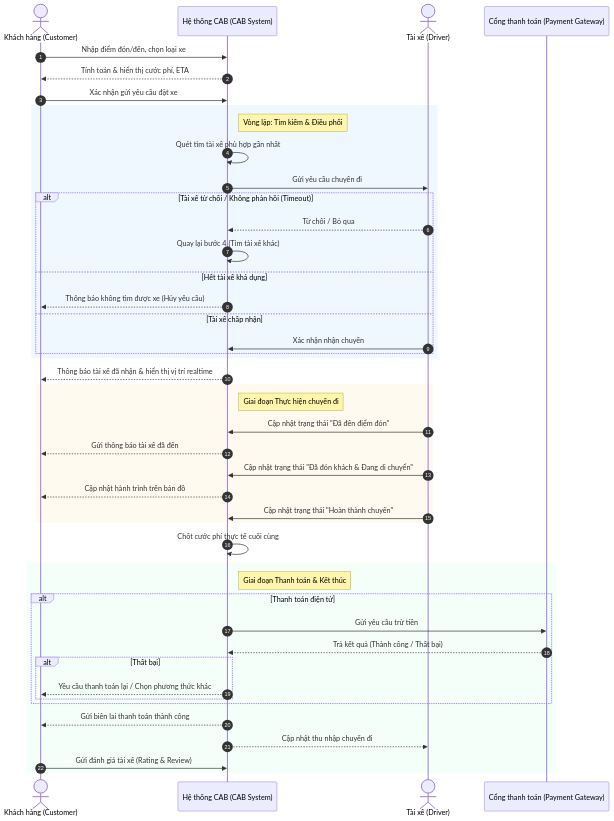
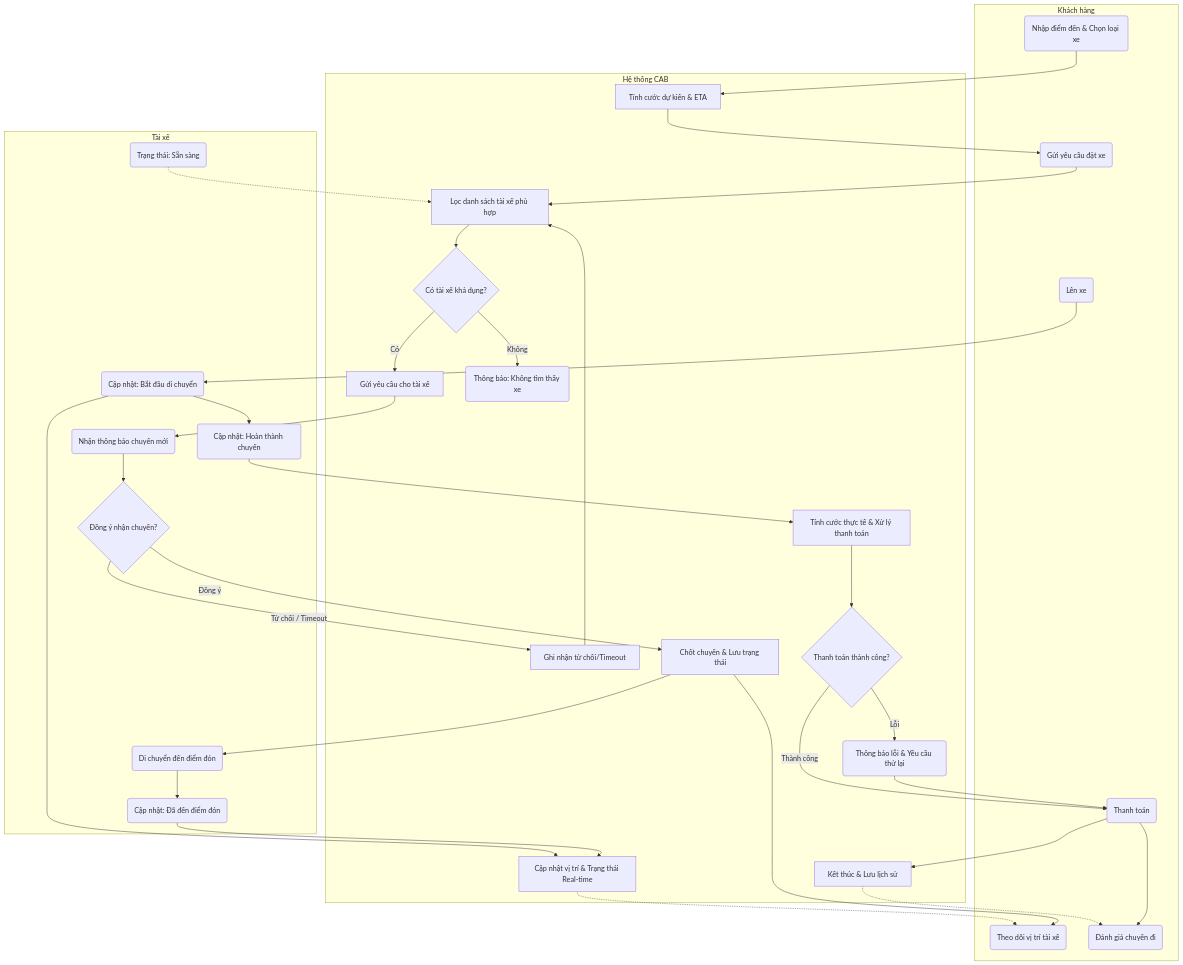
One commit to Lacticx/23696281_NguyenLeHoangKim_CABSYSTEM changed the second of 4 diagrams in srs.md. Above: the diagram before and after it, drawn with Mermaid. The commit also changed other lines of this file, not shown here.

````diff
--- a/srs.md
+++ b/srs.md
@@ -141,57 +115,75 @@
 ```mermaid
-sequenceDiagram
-    autonumber
-    actor C as Khách hàng (Customer)
-    participant S as Hệ thống CAB (CAB System)
-    actor D as Tài xế (Driver)
-    participant P as Cổng thanh toán (Payment Gateway)
-
-    C->>S: Nhập điểm đón/đến, chọn loại xe
-    S-->>C: Tính toán & hiển thị cước phí, ETA
-    
-    C->>S: Xác nhận gửi yêu cầu đặt xe
-    
-    rect rgb(240, 248, 255)
-    note right of S: Vòng lặp: Tìm kiếm & Điều phối
-    S->>S: Quét tìm tài xế phù hợp gần nhất
-    S->>D: Gửi yêu cầu chuyến đi
-    
-    alt Tài xế từ chối / Không phản hồi (Timeout)
-        D-->>S: Từ chối / Bỏ qua
-        S->>S: Quay lại bước 4 (Tìm tài xế khác)
-    else Hết tài xế khả dụng
-        S-->>C: Thông báo không tìm được xe (Hủy yêu cầu)
-    else Tài xế chấp nhận
-        D->>S: Xác nhận nhận chuyến
-    end
-    end
-    
-    S-->>C: Thông báo tài xế đã nhận & hiển thị vị trí realtime
-    
-    rect rgb(255, 250, 240)
-    note right of S: Giai đoạn Thực hiện chuyến đi
-    D->>S: Cập nhật trạng thái "Đã đến điểm đón"
-    S-->>C: Gửi thông báo tài xế đã đến
-    D->>S: Cập nhật trạng thái "Đã đón khách & Đang di chuyển"
-    S-->>C: Cập nhật hành trình trên bản đồ
-    D->>S: Cập nhật trạng thái "Hoàn thành chuyến"
+flowchart TD
+    %% Khai báo các Làn (Swimlanes)
+    subgraph Khách hàng
+        C1(Nhập điểm đến & Chọn loại xe)
+        C2(Gửi yêu cầu đặt xe)
+        C3(Theo dõi vị trí tài xế)
+        C4(Lên xe)
+        C5(Thanh toán)
+        C6(Đánh giá chuyến đi)
     end
 
-    S->>S: Chốt cước phí thực tế cuối cùng
-    
-    rect rgb(245, 255, 250)
-    note right of S: Giai đoạn Thanh toán & Kết thúc
-    alt Thanh toán điện tử
-        S->>P: Gửi yêu cầu trừ tiền
-        P-->>S: Trả kết quả (Thành công / Thất bại)
-        alt Thất bại
-            S-->>C: Yêu cầu thanh toán lại / Chọn phương thức khác
-        end
-    end
-    
-    S-->>C: Gửi biên lai thanh toán thành công
-    S-->>D: Cập nhật thu nhập chuyến đi
-    C->>S: Gửi đánh giá tài xế (Rating & Review)
+    subgraph Hệ thống CAB
+        S1[Tính cước dự kiến & ETA]
+        S2[Lọc danh sách tài xế phù hợp]
+        S3{Có tài xế khả dụng?}
+        S4[Gửi yêu cầu cho tài xế]
+        S5[Ghi nhận từ chối/Timeout]
+        S6(Thông báo: Không tìm thấy xe)
+        S7[Chốt chuyến & Lưu trạng thái]
+        S8[Cập nhật vị trí & Trạng thái Real-time]
+        S9[Tính cước thực tế & Xử lý thanh toán]
+        S10{Thanh toán thành công?}
+        S11(Thông báo lỗi & Yêu cầu thử lại)
+        S12[Kết thúc & Lưu lịch sử]
     end
 
+    subgraph Tài xế
+        D1(Trạng thái: Sẵn sàng)
+        D2(Nhận thông báo chuyến mới)
+        D3{Đồng ý nhận chuyến?}
+        D4(Di chuyển đến điểm đón)
+        D5(Cập nhật: Đã đến điểm đón)
+        D6(Cập nhật: Bắt đầu di chuyển)
+        D7(Cập nhật: Hoàn thành chuyến)
+    end
+
+    %% Luồng đi
+    C1 --> S1 --> C2
+    C2 --> S2
+    D1 -.-> S2
+    S2 --> S3
+    
+    S3 -- Không --> S6
+    S3 -- Có --> S4
+    
+    S4 --> D2
+    D2 --> D3
+    
+    D3 -- Từ chối / Timeout --> S5
+    S5 --> S2
+    
+    D3 -- Đồng ý --> S7
+    S7 --> C3
+    S7 --> D4
+    
+    D4 --> D5
+    D5 --> S8
+    S8 -.-> C3
+    C4 --> D6
+    D6 --> S8
+    
+    D6 --> D7
+    D7 --> S9
+    S9 --> S10
+    
+    S10 -- Lỗi --> S11
+    S11 --> C5
+    S10 -- Thành công --> C5
+    
+    C5 --> S12
+    C5 --> C6
+    S12 -.-> C6
+
 ```
````
